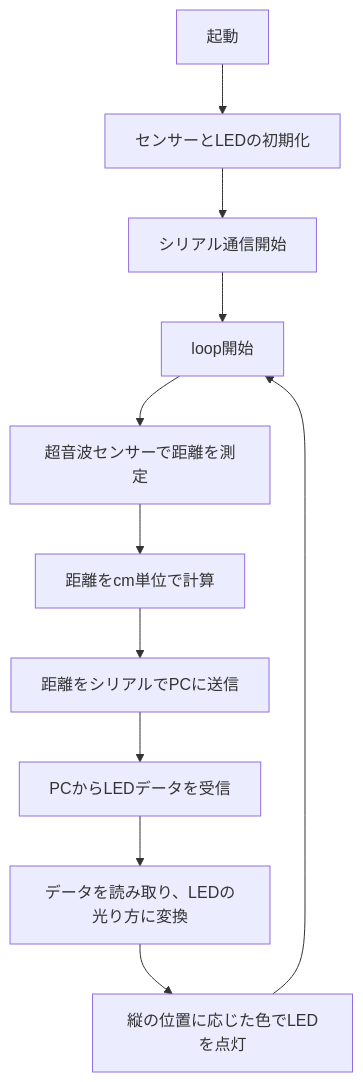
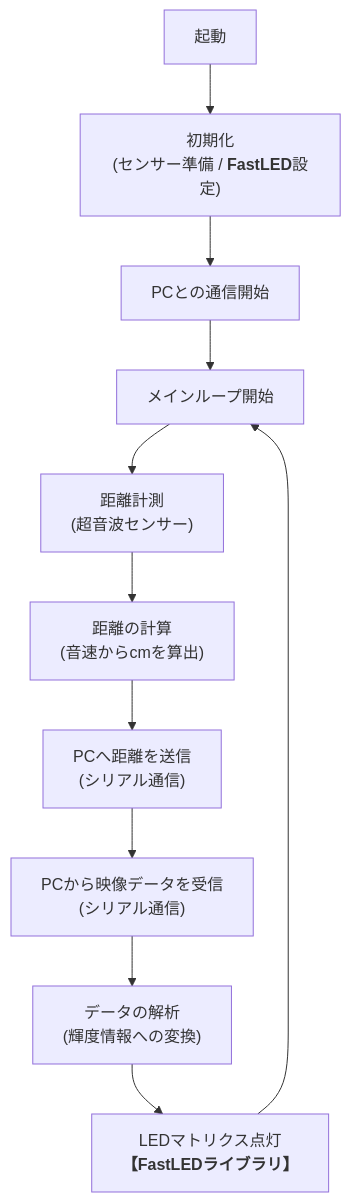
The first of 2 diagrams in README.md (fuumu/arduino-mpc-drum-saito), drawn with Mermaid before and after one commit. The commit also changed other lines of this file, not shown here.

````diff
--- a/README.md
+++ b/README.md
@@ -76,15 +85,15 @@
 ```mermaid
 flowchart TD
-    A[起動] --> B[センサーとLEDの初期化]
-    B --> C[シリアル通信開始]
-    C --> D[loop開始]
+    A[起動] --> B["初期化<br/>(センサー準備 / <b>FastLED</b>設定)"]
+    B --> C[PCとの通信開始]
+    C --> D[メインループ開始]
 
-    D --> E[超音波センサーで距離を測定]
-    E --> F[距離をcm単位で計算]
-    F --> G[距離をシリアルでPCに送信]
+    D --> E["距離計測<br/>(超音波センサー)"]
+    E --> F["距離の計算<br/>(音速からcmを算出)"]
+    F --> G["PCへ距離を送信<br/>(シリアル通信)"]
 
-    G --> H[PCからLEDデータを受信]
-    H --> I[データを読み取り、LEDの光り方に変換]
-    I --> J[縦の位置に応じた色でLEDを点灯]
+    G --> H["PCから映像データを受信<br/>(シリアル通信)"]
+    H --> I["データの解析<br/>(輝度情報への変換)"]
+    I --> J["LEDマトリクス点灯<br/><b>【FastLEDライブラリ】</b>"]
     J --> D
 ```
````
